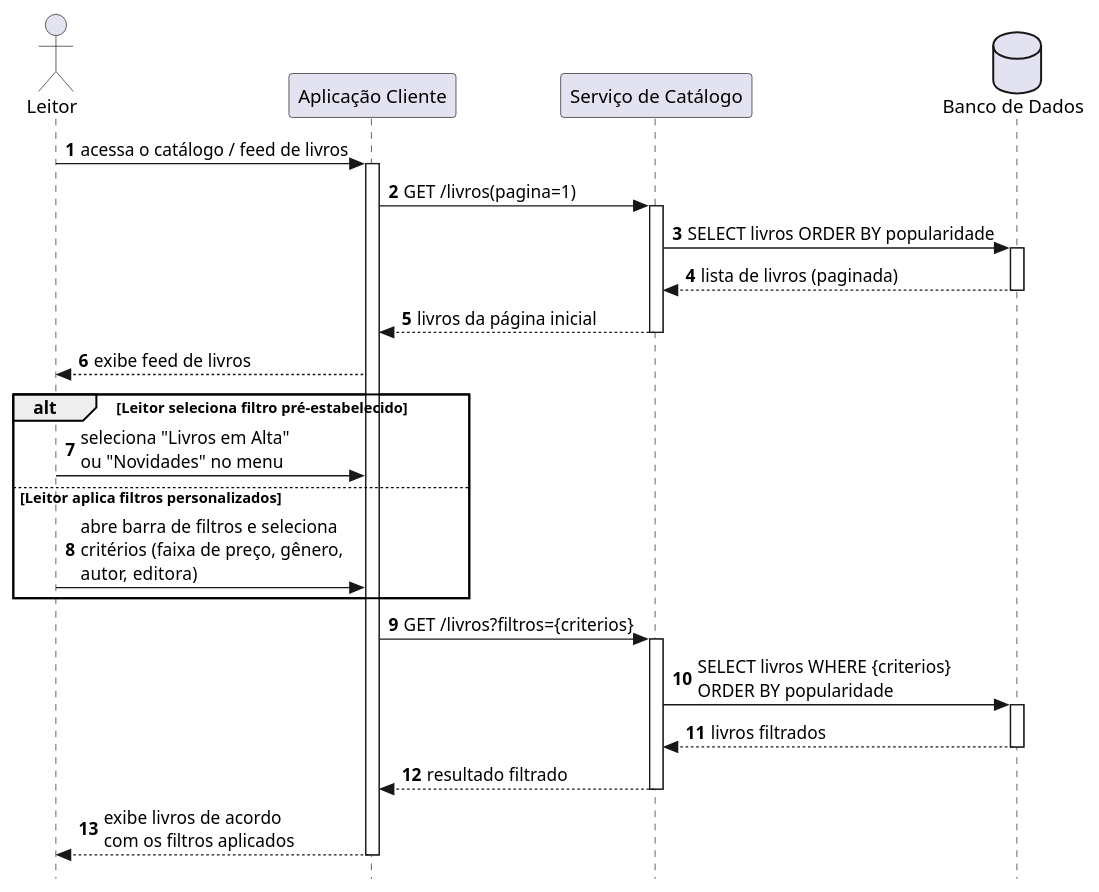
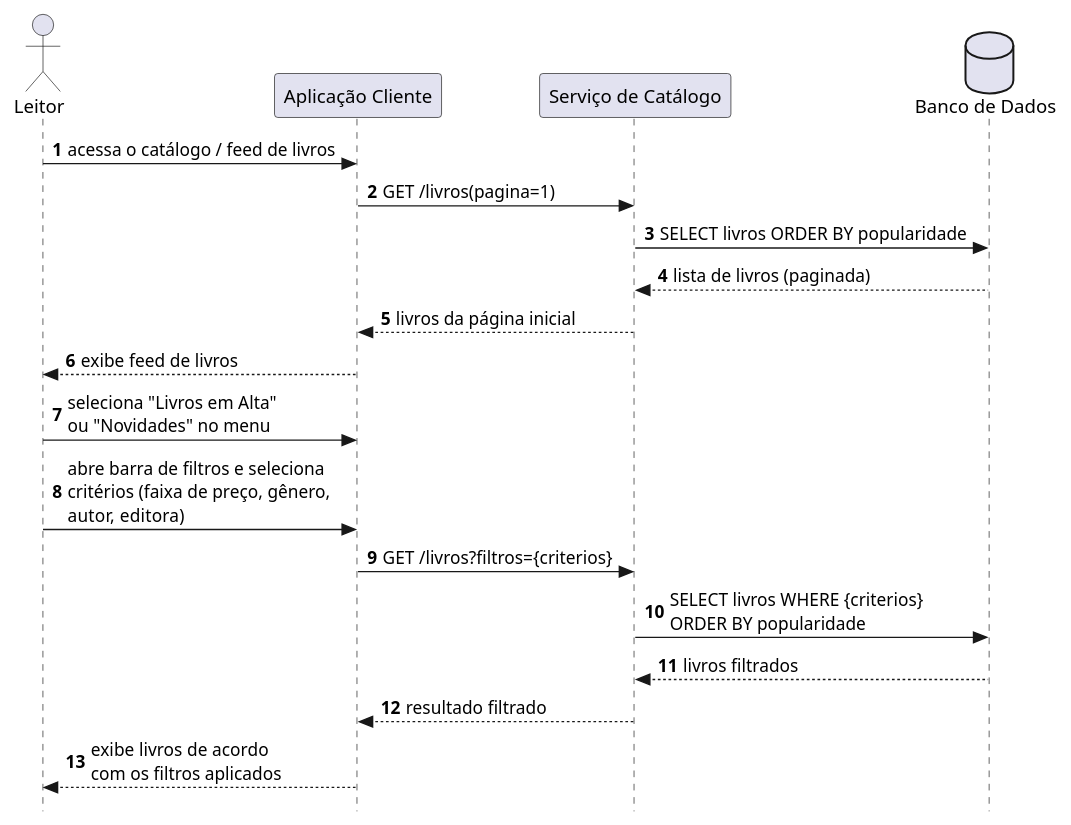
One commit to jalv21/iLib changed the diagram in docs/codigo-plantuml/diagramas-comunicacao/catalogo/dc-filtrar_livros.puml. Above: the diagram before and after it, drawn with PlantUML.

Commit message:
docs/criando diagrama de comunicação para filtrar livros

```diff
--- a/docs/codigo-plantuml/diagramas-comunicacao/catalogo/dc-filtrar_livros.puml
+++ b/docs/codigo-plantuml/diagramas-comunicacao/catalogo/dc-filtrar_livros.puml
@@ -1,45 +1,31 @@
-@startuml ds-filtrar_livros
+@startuml dc-filtrar_livros
 autonumber
 skinparam style strictuml
 
 actor Leitor as "Leitor"
 participant Client          as "Aplicação Cliente"
 participant ServiceCatalogo as "Serviço de Catálogo"
 database    BD              as "Banco de Dados"
 
 Leitor -> Client : acessa o catálogo / feed de livros
-activate Client
 
 Client -> ServiceCatalogo : GET /livros(pagina=1)
-activate ServiceCatalogo
 ServiceCatalogo -> BD : SELECT livros ORDER BY popularidade
-activate BD
 BD --> ServiceCatalogo : lista de livros (paginada)
-deactivate BD
 ServiceCatalogo --> Client : livros da página inicial
-deactivate ServiceCatalogo
 
 Client --> Leitor : exibe feed de livros
 
-alt Leitor seleciona filtro pré-estabelecido
-    Leitor -> Client : seleciona "Livros em Alta"\nou "Novidades" no menu
-else Leitor aplica filtros personalizados
-    Leitor -> Client : abre barra de filtros e seleciona\ncritérios (faixa de preço, gênero,\nautor, editora)
-end
+Leitor -> Client : seleciona "Livros em Alta"\nou "Novidades" no menu
+Leitor -> Client : abre barra de filtros e seleciona\ncritérios (faixa de preço, gênero,\nautor, editora)
 
 ' ── extend: aplicar_filtros ──────────────
 Client -> ServiceCatalogo : GET /livros?filtros={criterios}
-activate ServiceCatalogo
 ServiceCatalogo -> BD : SELECT livros WHERE {criterios}\nORDER BY popularidade
-activate BD
 BD --> ServiceCatalogo : livros filtrados
-deactivate BD
 ServiceCatalogo --> Client : resultado filtrado
-deactivate ServiceCatalogo
 
 Client --> Leitor : exibe livros de acordo\ncom os filtros aplicados
 ' ─────────────────────────────────────────
 
-deactivate Client
-
 @enduml
```
